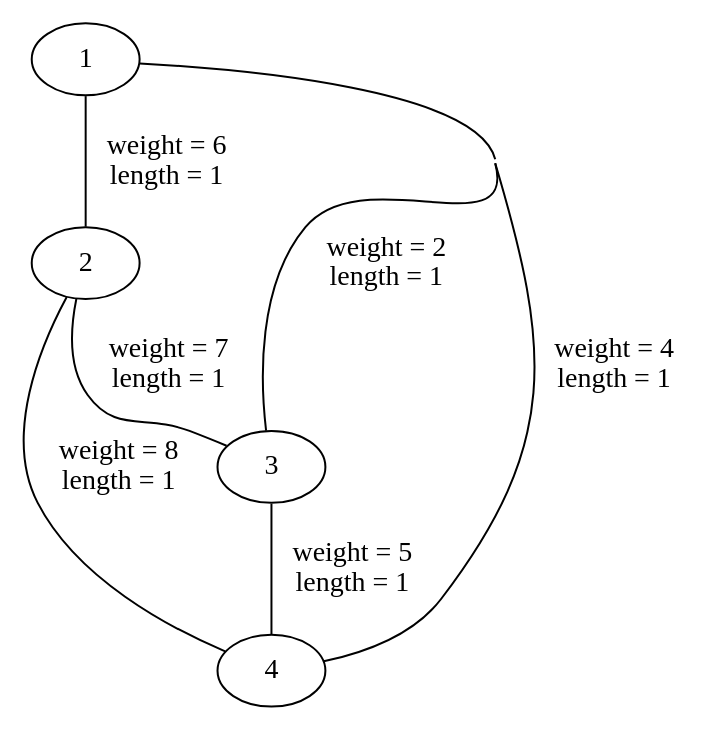
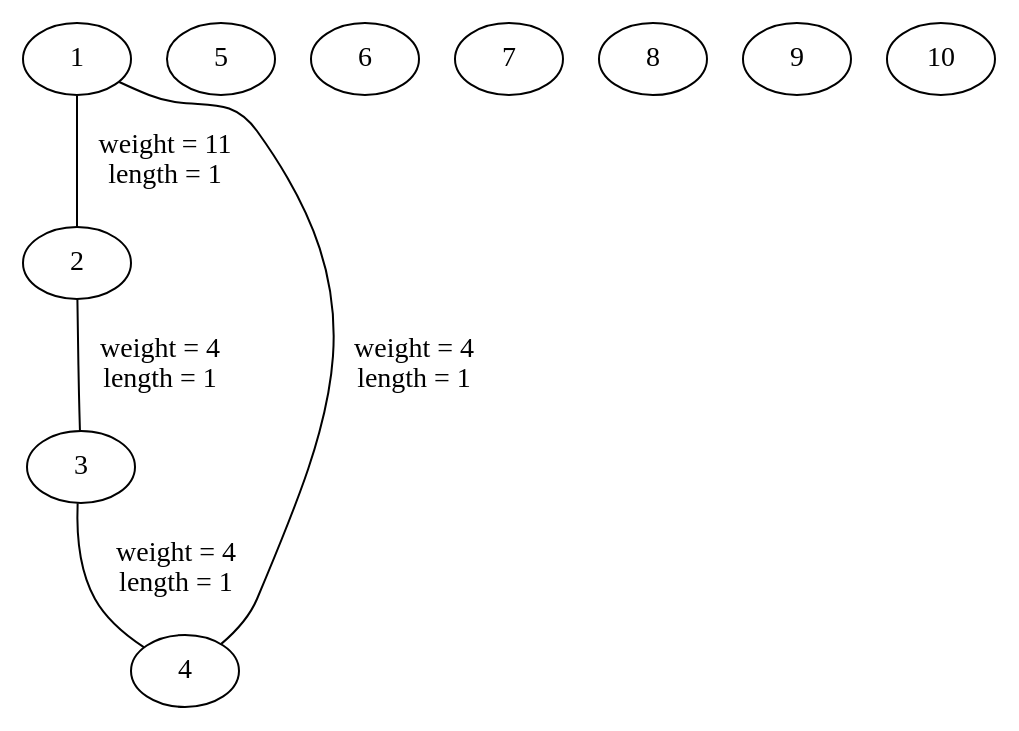
The diagram in graph_viz_output/Graph.gv (adam-elbernoussi/ENSAE-S2-IT-project), drawn with Graphviz before and after one commit. The commit also changed 5 other files, not shown here.

```diff
--- a/graph_viz_output/Graph.gv
+++ b/graph_viz_output/Graph.gv
@@ -1,20 +1,22 @@
 // Graph visualisation
 graph "Graph" {
 	graph [concentrate=True]
 	1
 	2
 	3
 	4
-	1 -- 2 [label="weight = 6
- length = 1" weight=6]
-	1 -- 3 [label="weight = 2
- length = 1" weight=2]
+	5
+	6
+	7
+	8
+	9
+	10
+	1 -- 2 [label="weight = 11
+ length = 1" weight=11]
 	1 -- 4 [label="weight = 4
  length = 1" weight=4]
-	2 -- 3 [label="weight = 7
- length = 1" weight=7]
-	2 -- 4 [label="weight = 8
- length = 1" weight=8]
-	3 -- 4 [label="weight = 5
- length = 1" weight=5]
+	2 -- 3 [label="weight = 4
+ length = 1" weight=4]
+	3 -- 4 [label="weight = 4
+ length = 1" weight=4]
 }
```
